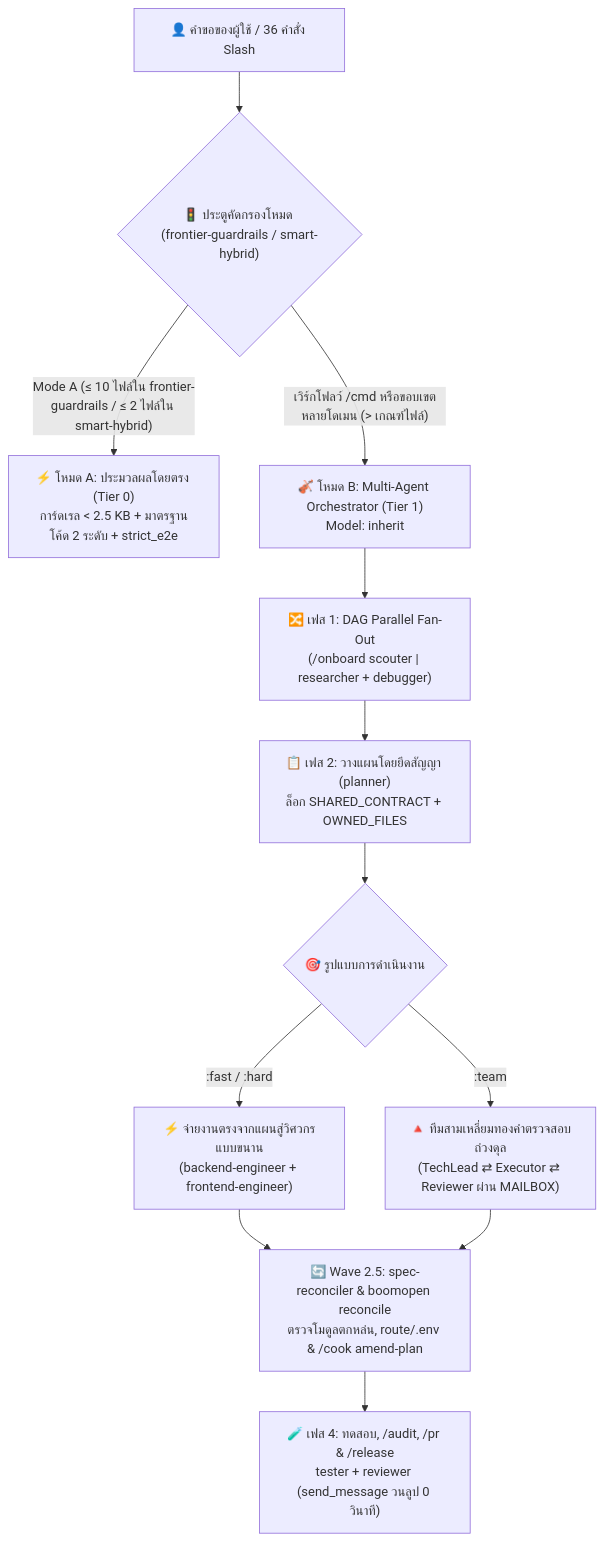
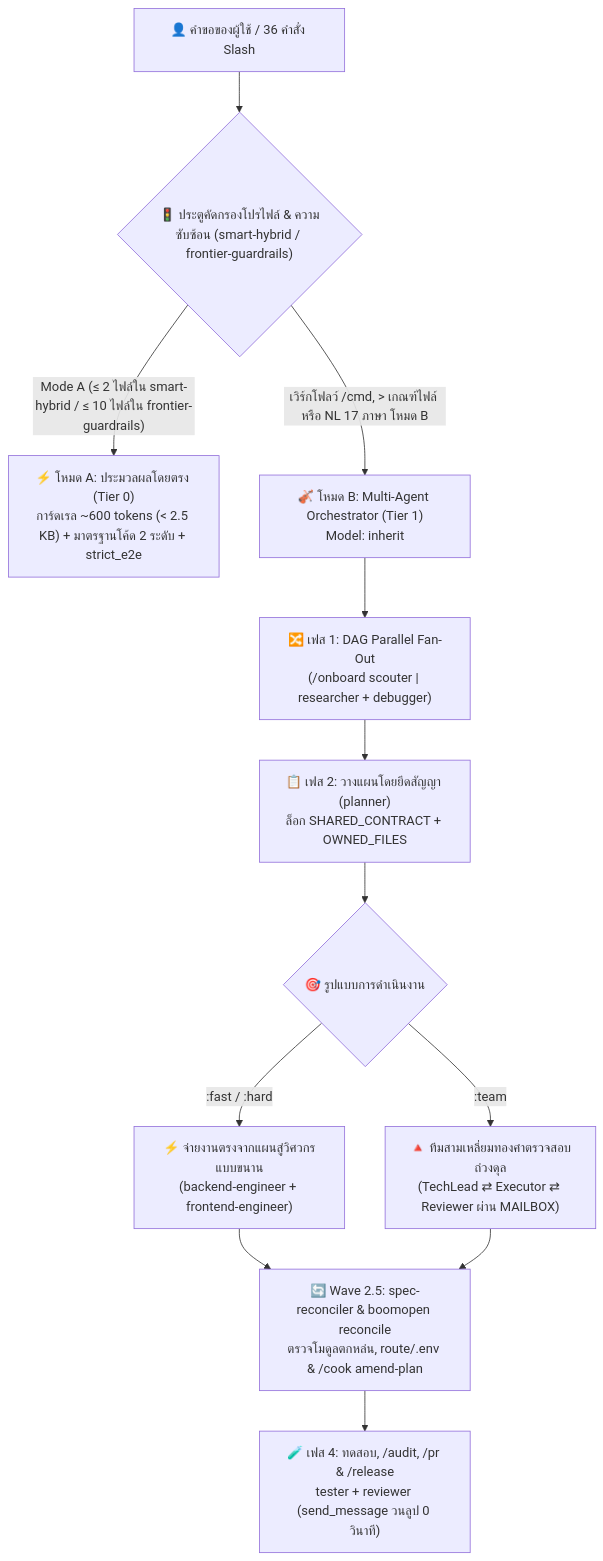
One commit to Kennyboom/BoomOpen-Workflow-Kit-Pro changed the diagram in i18n/README.th.md. Above: the diagram before and after it, drawn with Mermaid. The commit also changed other lines of this file and 16 other files, not shown here.

Commit message:
docs(i18n,changelog): align all 16 localized READMEs and CHANGELOG to smart-hybrid default

````diff
--- a/i18n/README.th.md
+++ b/i18n/README.th.md
@@ -58,17 +59,17 @@
 ```mermaid
 flowchart TD
-    User["👤 คำขอของผู้ใช้ / 36 คำสั่ง Slash"] --> Gate{"🚦 ประตูคัดกรองโหมด (frontier-guardrails / smart-hybrid)"}
-    Gate -->|"Mode A (≤ 10 ไฟล์ใน frontier-guardrails / ≤ 2 ไฟล์ใน smart-hybrid)"| ModeA["⚡ โหมด A: ประมวลผลโดยตรง (Tier 0)<br/>การ์ดเรล < 2.5 KB + มาตรฐานโค้ด 2 ระดับ + strict_e2e"]
-    Gate -->|"เวิร์กโฟลว์ /cmd หรือขอบเขตหลายโดเมน (> เกณฑ์ไฟล์)"| ModeB["🎻 โหมด B: Multi-Agent Orchestrator (Tier 1)<br/>Model: inherit"]
+    User["👤 คำขอของผู้ใช้ / 36 คำสั่ง Slash"] --> Gate{"🚦 ประตูคัดกรองโปรไฟล์ & ความซับซ้อน (smart-hybrid / frontier-guardrails)"}
+    Gate -->|"Mode A (≤ 2 ไฟล์ใน smart-hybrid / ≤ 10 ไฟล์ใน frontier-guardrails)"| ModeA["⚡ โหมด A: ประมวลผลโดยตรง (Tier 0)<br/>การ์ดเรล ~600 tokens (< 2.5 KB) + มาตรฐานโค้ด 2 ระดับ + strict_e2e"]
+    Gate -->|"เวิร์กโฟลว์ /cmd, > เกณฑ์ไฟล์ หรือ NL 17 ภาษา โหมด B"| ModeB["🎻 โหมด B: Multi-Agent Orchestrator (Tier 1)<br/>Model: inherit"]
 
     ModeB --> FanOut["🔀 เฟส 1: DAG Parallel Fan-Out<br/>(/onboard scouter | researcher + debugger)"]
     FanOut --> Plan["📋 เฟส 2: วางแผนโดยยึดสัญญา (planner)<br/>ล็อก SHARED_CONTRACT + OWNED_FILES"]
     Plan --> Dispatch{"🎯 รูปแบบการดำเนินงาน"}
 
     Dispatch -->|":fast / :hard"| Direct["⚡ จ่ายงานตรงจากแผนสู่วิศวกรแบบขนาน<br/>(backend-engineer + frontend-engineer)"]
     Dispatch -->|":team"| Triangle["🔺 ทีมสามเหลี่ยมทองคำตรวจสอบถ่วงดุล<br/>(TechLead ⇄ Executor ⇄ Reviewer ผ่าน MAILBOX)"]
 
     Direct --> Reconcile["🔄 Wave 2.5: spec-reconciler & boomopen reconcile<br/>ตรวจโมดูลตกหล่น, route/.env & /cook amend-plan"]
     Triangle --> Reconcile
     Reconcile --> Verify["🧪 เฟส 4: ทดสอบ, /audit, /pr & /release<br/>tester + reviewer (send_message วนลูป 0 วินาที)"]
 ```
````
